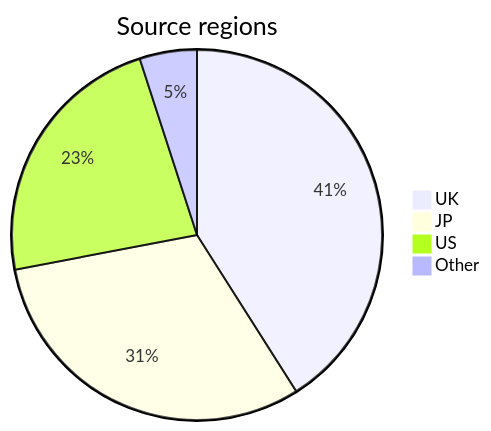
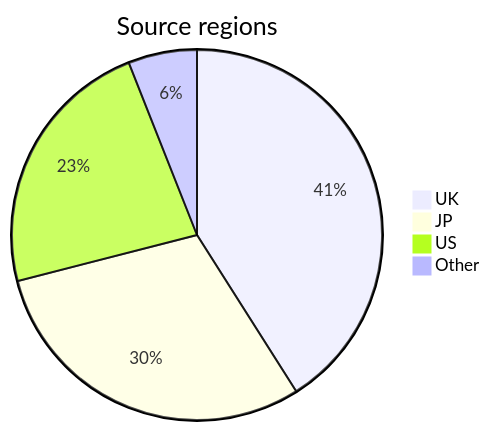
One commit to ace-dent/gbc-hw changed the diagram in gbc-census/docs/notes.md. Above: the diagram before and after it, drawn with Mermaid. The commit also changed other lines of this file and 4 other files, not shown here.

````diff
--- a/gbc-census/docs/notes.md
+++ b/gbc-census/docs/notes.md
@@ -42,7 +42,7 @@
 ```mermaid
 pie title Source regions
     "UK" : 41
-    "JP" : 31
+    "JP" : 30
     "US" : 23
-    "Other" : 5
+    "Other" : 6
 ```
````
